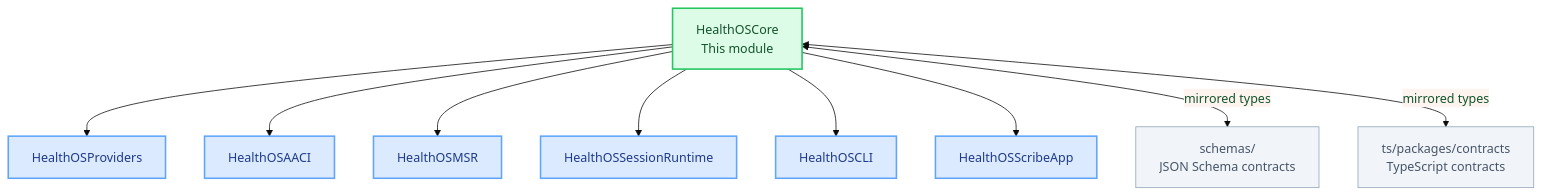
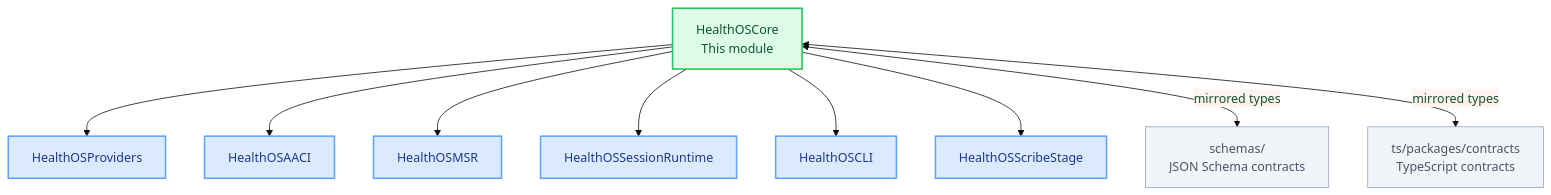
Before and after one commit to myselfgus/HealthOScaffold: the diagram in swift/Sources/HealthOSCore/README.md, drawn with Mermaid. The commit also changed 104 other files, not shown here.

````diff
--- a/swift/Sources/HealthOSCore/README.md
+++ b/swift/Sources/HealthOSCore/README.md
@@ -50,23 +50,23 @@
 ```mermaid
 %%{init: {'theme': 'base', 'themeVariables': {'primaryColor': '#f0fdf4', 'primaryBorderColor': '#86efac', 'primaryTextColor': '#14532d', 'fontFamily': 'ui-sans-serif, system-ui, -apple-system'}}}%%
 graph TD
     classDef core    fill:#dcfce7,stroke:#22c55e,stroke-width:2px,color:#14532d
     classDef dep     fill:#dbeafe,stroke:#60a5fa,stroke-width:2px,color:#1e3a8a
     classDef extern  fill:#f1f5f9,stroke:#94a3b8,stroke-width:1px,color:#475569
 
     CORE[HealthOSCore\nThis module]:::core
 
     PROV[HealthOSProviders]:::dep
     AACI[HealthOSAACI]:::dep
     MSR[HealthOSMSR]:::dep
     SRT[HealthOSSessionRuntime]:::dep
     CLI[HealthOSCLI]:::dep
-    SCRIBE[HealthOSScribeApp]:::dep
+    SCRIBE[HealthOSScribeStage]:::dep
 
     JSONSCHEMA[schemas/\nJSON Schema contracts]:::extern
     TS[ts/packages/contracts\nTypeScript contracts]:::extern
 
     CORE --> PROV & AACI & MSR & SRT & CLI & SCRIBE
     CORE <-->|mirrored types| JSONSCHEMA
     CORE <-->|mirrored types| TS
 ```
````
